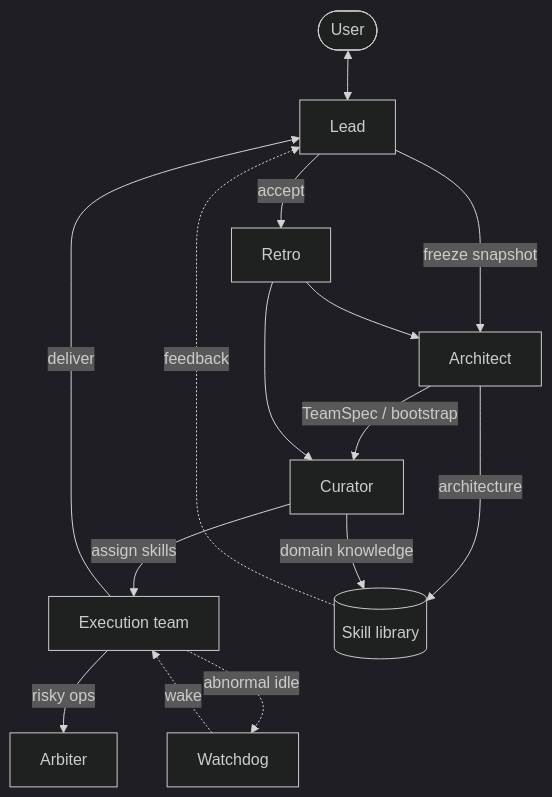
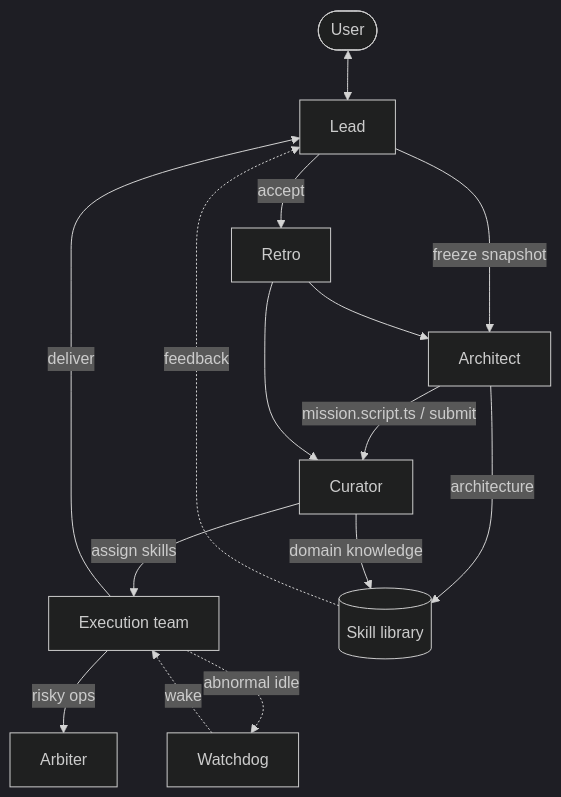
One commit to doee-hc/gatehouse changed the diagram in README.md. Above: the diagram before and after it, drawn with Mermaid (dark theme). The commit also changed other lines of this file and 299 other files, not shown here.

````diff
--- a/README.md
+++ b/README.md
@@ -61,17 +61,17 @@
 ```mermaid
 flowchart TB
   User([User]) <--> Lead
   Lead -->|freeze snapshot| Architect
-  Architect -->|TeamSpec / bootstrap| Curator
+  Architect -->|mission.script.ts / submit| Curator
   Curator -->|assign skills| ExecTeam[Execution team]
   ExecTeam -->|risky ops| Arbiter
   ExecTeam -.->|abnormal idle| Watchdog
   Watchdog -.->|wake| ExecTeam
   ExecTeam -->|deliver| Lead
   Lead -->|accept| Retro[Retro]
   Retro --> Architect
   Retro --> Curator
   Architect -->|architecture| Skills[(Skill library)]
   Curator -->|domain knowledge| Skills
   Skills -.->|feedback| Lead
 ```
````
